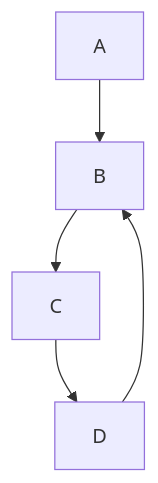
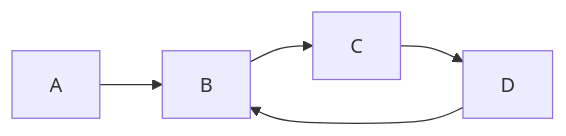
The second of 2 diagrams in README.md (lassevk/LVK.TopoSort), drawn with Mermaid before and after one commit.

Commit message:
Flip cycle graph on the side

````diff
--- a/README.md
+++ b/README.md
@@ -84,7 +84,7 @@
 ```mermaid
-graph TD;
+graph LR;
     A --> B;
     B --> C;
     C --> D;
     D --> B;
 ```
````
